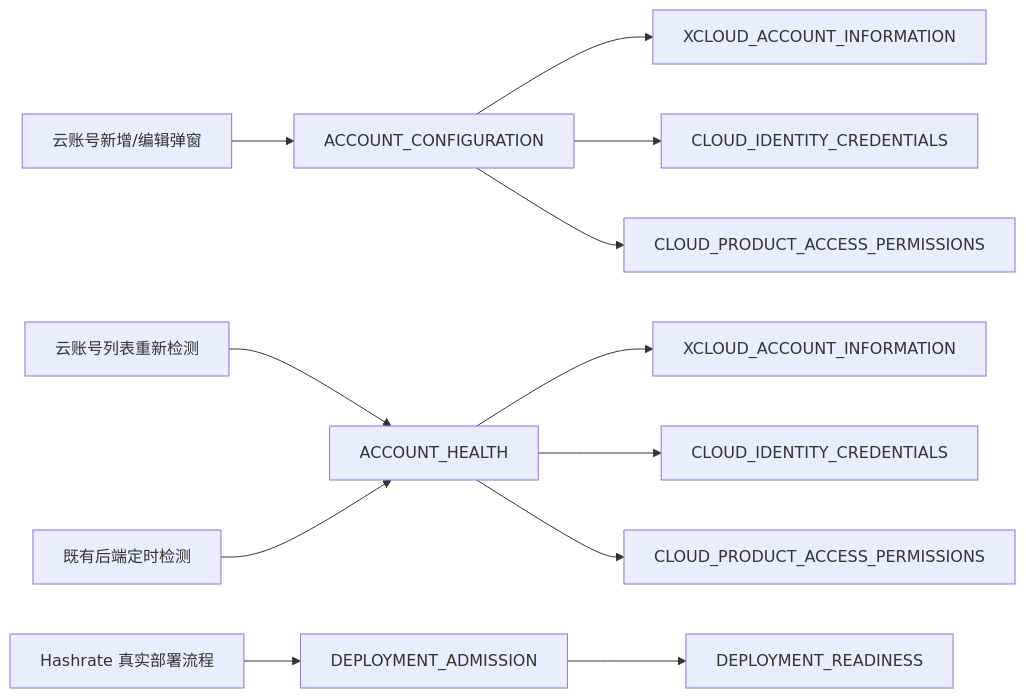
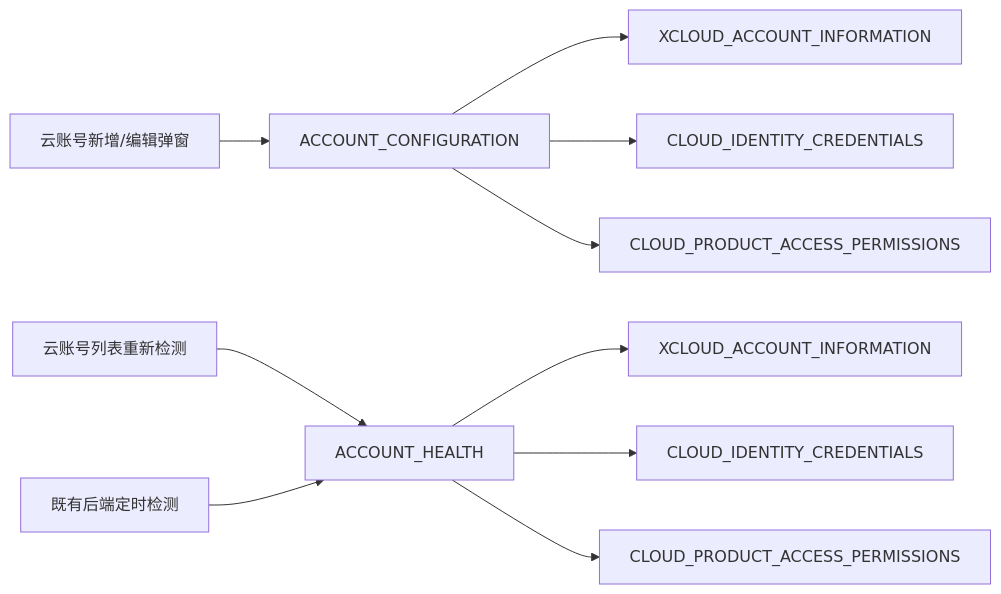
Before and after one commit to huangwenxia/ai-web-system: the first of 4 diagrams in doc/xcloud-dev-xia/云账号检测阶段与统一归因架构设计.md, drawn with Mermaid. The commit also changed other lines of this file and 3 other files, not shown here.

````diff
--- a/doc/xcloud-dev-xia/云账号检测阶段与统一归因架构设计.md
+++ b/doc/xcloud-dev-xia/云账号检测阶段与统一归因架构设计.md
@@ -45,17 +43,13 @@
 ```mermaid
 flowchart LR
     UI["云账号新增/编辑弹窗"] --> AC["ACCOUNT_CONFIGURATION"]
     LIST["云账号列表重新检测"] --> AH["ACCOUNT_HEALTH"]
     TIMER["既有后端定时检测"] --> AH
-    DEPLOY["Hashrate 真实部署流程"] --> DA["DEPLOYMENT_ADMISSION"]
-
     AC --> A1["XCLOUD_ACCOUNT_INFORMATION"]
     AC --> A2["CLOUD_IDENTITY_CREDENTIALS"]
     AC --> A3["CLOUD_PRODUCT_ACCESS_PERMISSIONS"]
 
     AH --> H1["XCLOUD_ACCOUNT_INFORMATION"]
     AH --> H2["CLOUD_IDENTITY_CREDENTIALS"]
     AH --> H3["CLOUD_PRODUCT_ACCESS_PERMISSIONS"]
-
-    DA --> D1["DEPLOYMENT_READINESS"]
 ```
````
